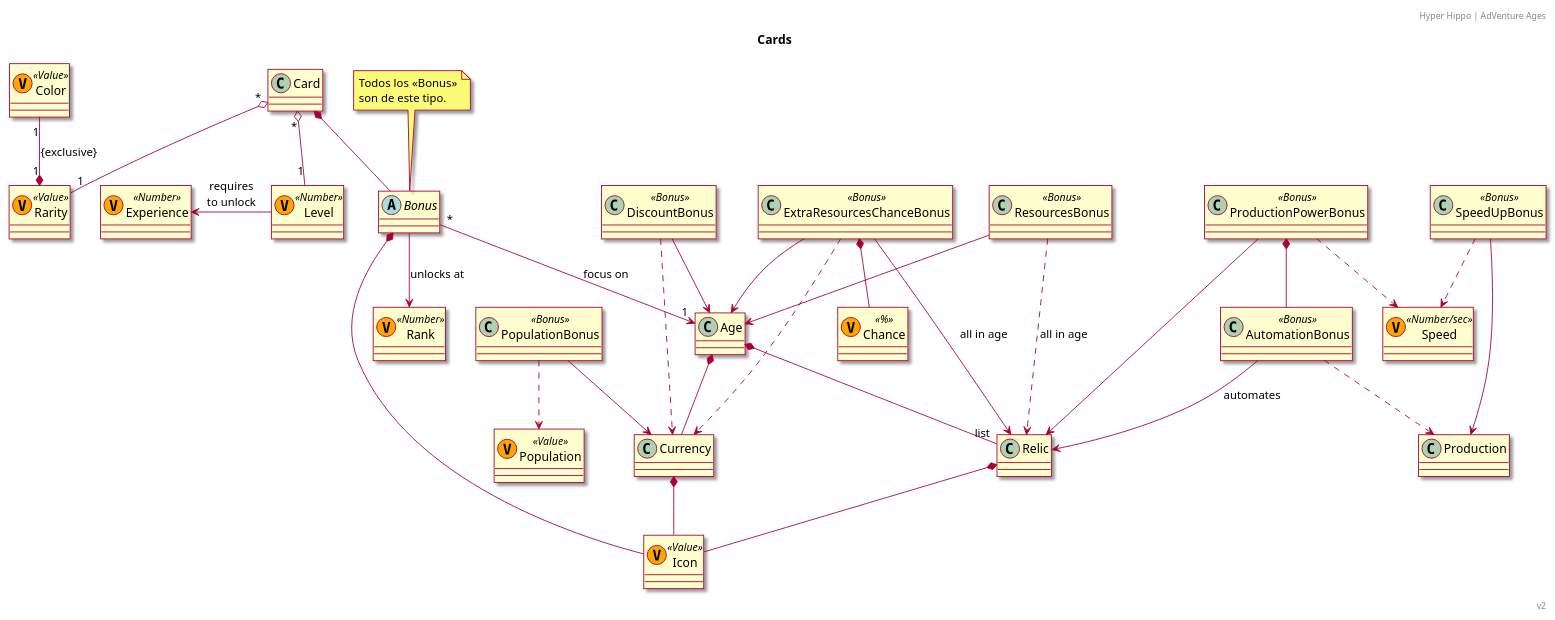
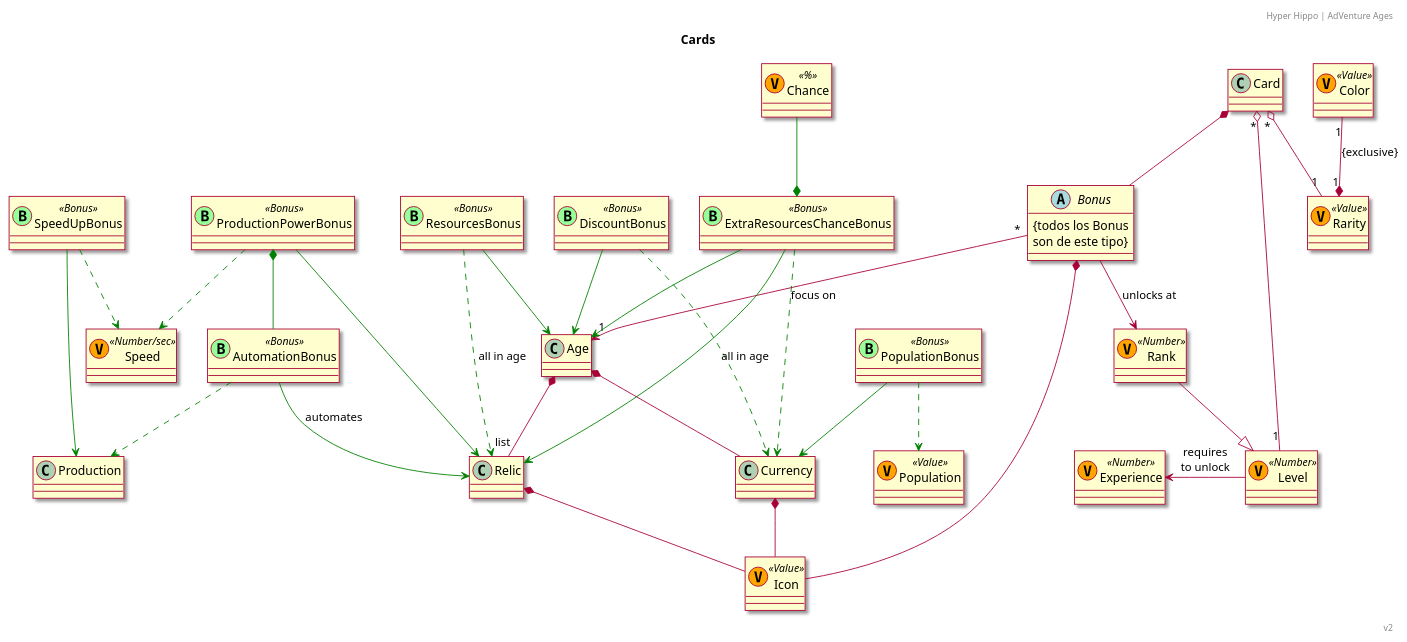
The diagram in Mobile Games/Adventure Ages/Classes.puml (RicardoGuzmanVelasco/DomainModelling), drawn with PlantUML before and after one commit. The commit also changed 1 other file, not shown here.

```diff
--- a/Mobile Games/Adventure Ages/Classes.puml
+++ b/Mobile Games/Adventure Ages/Classes.puml
@@ -92,56 +92,57 @@
 '''''''''''''''
 title Cards
 '''''''''''''''
+abstract class Bonus{
+{todos los Bonus
+son de este tipo}
+}
+
 remove Name
 remove Hero
 remove Produced
 remove Player
 remove RankPlayer
-class ProductionPowerBonus <<Bonus>>
-class ResourcesBonus <<Bonus>>
-class DiscountBonus <<Bonus>>
-class SpeedUpBonus <<Bonus>>
-class AutomationBonus <<Bonus>>
-class PopulationBonus <<Bonus>>
-class ExtraResourcesChanceBonus <<Bonus>>
+class ProductionPowerBonus <<(B, physical) Bonus>>
+class ResourcesBonus <<(B, physical) Bonus>>
+class DiscountBonus <<(B, physical) Bonus>>
+class SpeedUpBonus <<(B, physical) Bonus>>
+class AutomationBonus <<(B, physical) Bonus>>
+class PopulationBonus <<(B, physical) Bonus>>
+class ExtraResourcesChanceBonus <<(B, physical) Bonus>>
 class Population <<(V, orange) Value>>
 class Chance <<(V, orange) %>>
 
 
 
-note as BonusNote
-Todos los <<Bonus>>
-son de este tipo.
-end note
-BonusNote .. Bonus
-
 Bonus *-- Icon
  
-AutomationBonus --> Relic : automates 
-AutomationBonus ..> Production
+AutomationBonus --> Relic #green : automates 
+AutomationBonus ..> Production #green 
 
-SpeedUpBonus ..> Speed
-SpeedUpBonus --> Production
+SpeedUpBonus ..> Speed #green 
+SpeedUpBonus --> Production #green 
 
-DiscountBonus --> Age
-DiscountBonus ..> Currency
+DiscountBonus --> Age #green 
+DiscountBonus ..> Currency #green 
 
-PopulationBonus ..> Population
-PopulationBonus --> Currency
+PopulationBonus ..> Population #green 
+PopulationBonus --> Currency #green 
 
-ExtraResourcesChanceBonus --> Age
-ExtraResourcesChanceBonus --> Relic : all in age
-ExtraResourcesChanceBonus ..> Currency
-ExtraResourcesChanceBonus *-- Chance 
+ExtraResourcesChanceBonus --> Age #green 
+ExtraResourcesChanceBonus --> Relic #green : all in age
+ExtraResourcesChanceBonus ..> Currency #green 
+ExtraResourcesChanceBonus *-u- Chance  #green 
 
-ProductionPowerBonus --> Relic
-ProductionPowerBonus ..> Speed
-ProductionPowerBonus *-- AutomationBonus
+ProductionPowerBonus --> Relic #green 
+ProductionPowerBonus ..> Speed #green 
+ProductionPowerBonus *-- AutomationBonus #green 
 
 Bonus --> Rank : unlocks at
 
-ResourcesBonus --> Age
-ResourcesBonus ..> Relic : all in age
+ResourcesBonus --> Age #green 
+ResourcesBonus ..> Relic #green : all in age
+
+Rank --|> Level
 
 '''''''''''''''
 
```
